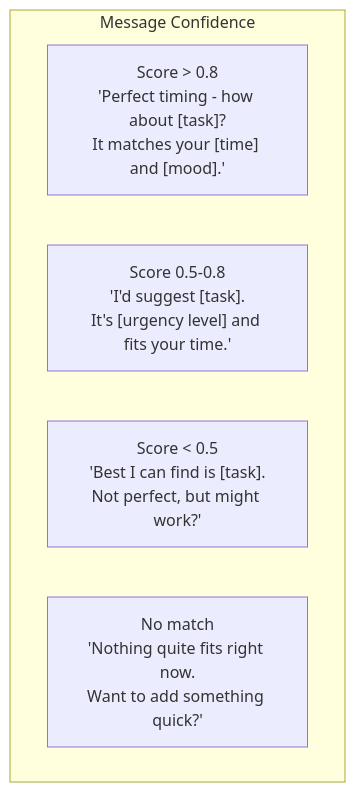
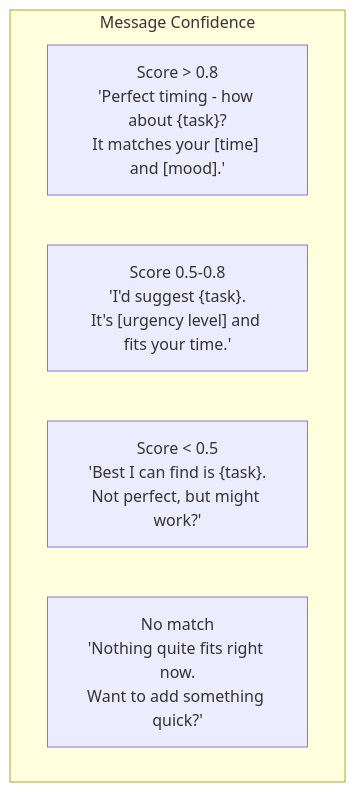
Before and after one commit to NickBorgersProbably/hide-my-list: the third of 3 diagrams in docs/ai-prompts/selection.md, drawn with Mermaid. The commit also changed other lines of this file and 26 other files, not shown here.

````diff
--- a/docs/ai-prompts/selection.md
+++ b/docs/ai-prompts/selection.md
@@ -107,9 +107,9 @@
 ```mermaid
 flowchart TD
     subgraph Templates["Message Confidence"]
-        High["Score > 0.8<br/>'Perfect timing - how about [task]?<br/>It matches your [time] and [mood].'"]
-        Medium["Score 0.5-0.8<br/>'I'd suggest [task].<br/>It's [urgency level] and fits your time.'"]
-        Low["Score < 0.5<br/>'Best I can find is [task].<br/>Not perfect, but might work?'"]
+        High["Score > 0.8<br/>'Perfect timing - how about {task}?<br/>It matches your [time] and [mood].'"]
+        Medium["Score 0.5-0.8<br/>'I'd suggest {task}.<br/>It's [urgency level] and fits your time.'"]
+        Low["Score < 0.5<br/>'Best I can find is {task}.<br/>Not perfect, but might work?'"]
         None["No match<br/>'Nothing quite fits right now.<br/>Want to add something quick?'"]
     end
 ```
````
